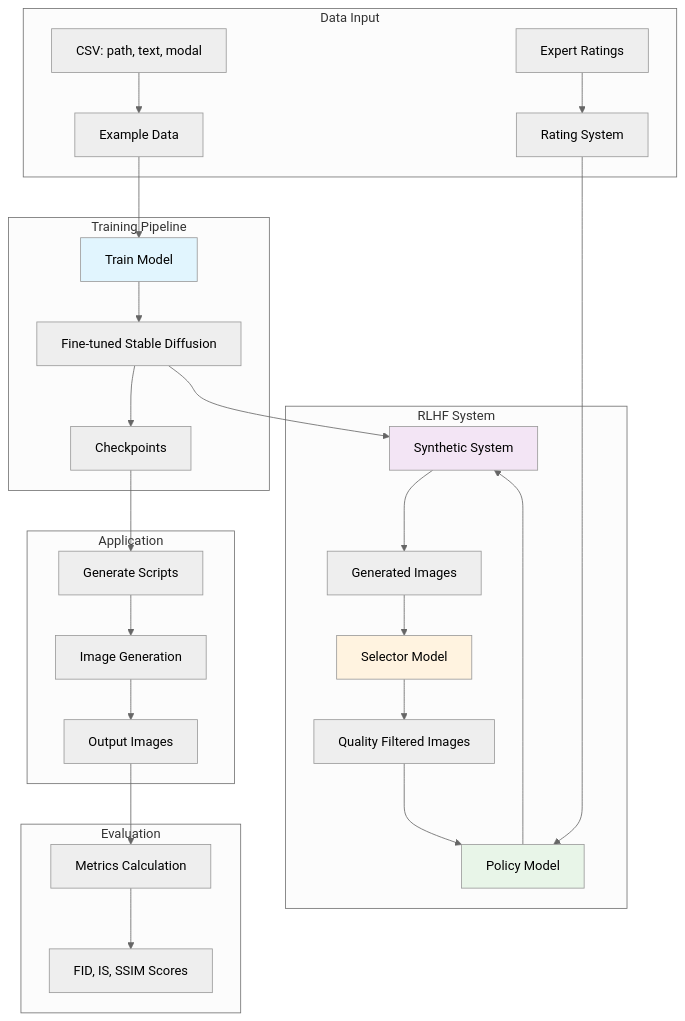
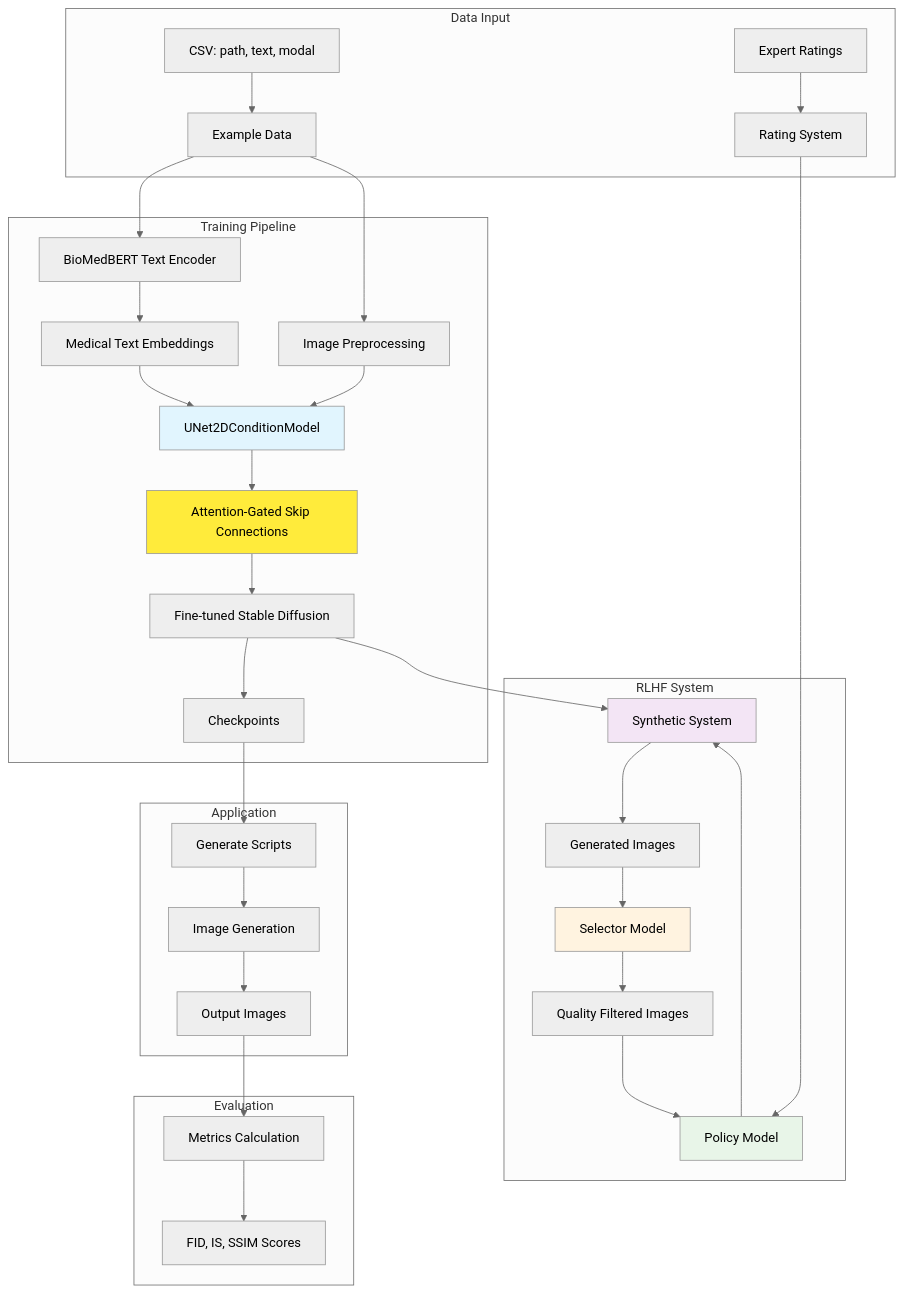
One commit to harsh-ps-2003/CS787 changed the diagram in STATUS.md. Above: the diagram before and after it, drawn with Mermaid (neutral theme). The commit also changed 1 other file, not shown here.

````diff
--- a/STATUS.md
+++ b/STATUS.md
@@ -14,39 +14,45 @@
 ```mermaid
 graph TB
     subgraph "Data Input"
         A[CSV: path, text, modal] --> B[Example Data]
         C[Expert Ratings] --> D[Rating System]
     end
 
     subgraph "Training Pipeline"
-        B --> E[Train Model]
-        E --> F[Fine-tuned Stable Diffusion]
-        F --> G[Checkpoints]
+        B --> E1[BioMedBERT Text Encoder]
+        B --> E2[Image Preprocessing]
+        E1 --> E3[Medical Text Embeddings]
+        E2 --> E4[UNet2DConditionModel]
+        E3 --> E4
+        E4 --> E5[Attention-Gated Skip Connections]
+        E5 --> E6[Fine-tuned Stable Diffusion]
+        E6 --> G[Checkpoints]
     end
 
     subgraph "RLHF System"
         D --> H[Policy Model]
-        F --> I[Synthetic System]
+        E6 --> I[Synthetic System]
         I --> J[Generated Images]
         J --> K[Selector Model]
         K --> L[Quality Filtered Images]
         L --> H
         H --> I
     end
 
     subgraph "Application"
         G --> M[Generate Scripts]
         M --> N[Image Generation]
         N --> O[Output Images]
     end
 
     subgraph "Evaluation"
         O --> P[Metrics Calculation]
         P --> Q[FID, IS, SSIM Scores]
     end
 
-    style E fill:#e1f5fe
+    style E4 fill:#e1f5fe
+    style E5 fill:#ffeb3b
     style I fill:#f3e5f5
     style H fill:#e8f5e8
     style K fill:#fff3e0
 ```
````
